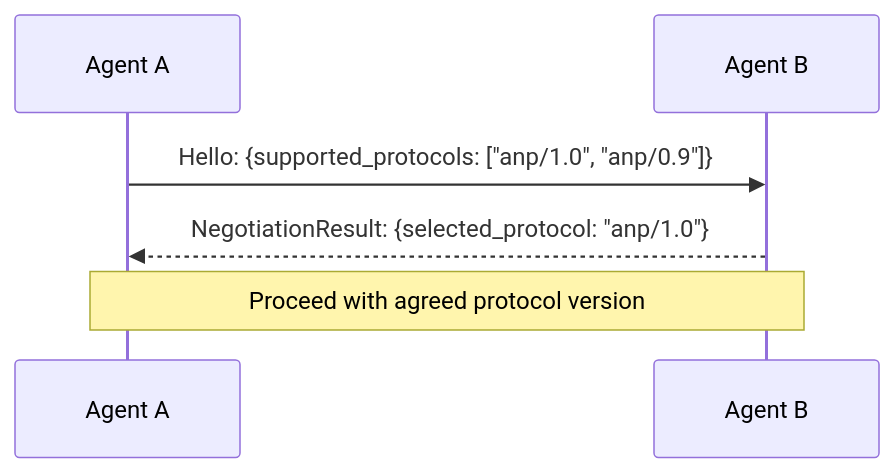
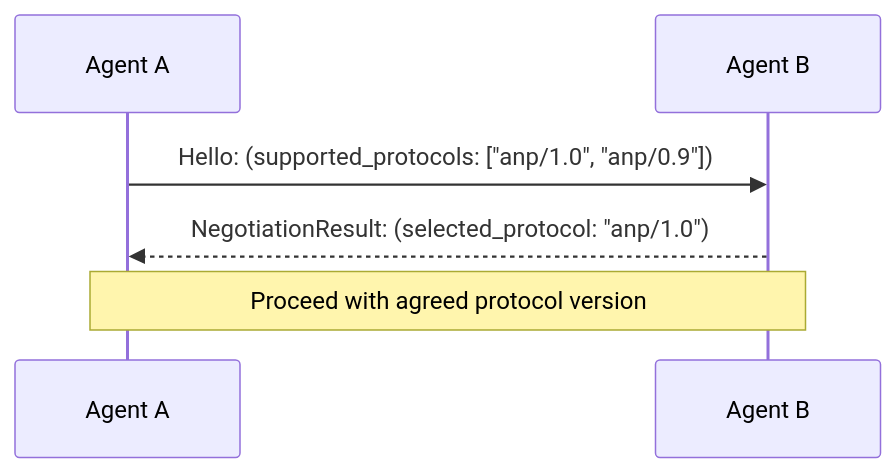
Before and after one commit to skbnai/archon: the first of 6 diagrams in docs/protocols/parts/20-emerging-protocols-crosscutting-part2.md, drawn with Mermaid. The commit also changed other lines of this file and 10 other files, not shown here.

First line of the commit message:
fix(sidebar,protocols): populate sidebar nav + fix mermaid brace parse errors

````diff
--- a/docs/protocols/parts/20-emerging-protocols-crosscutting-part2.md
+++ b/docs/protocols/parts/20-emerging-protocols-crosscutting-part2.md
@@ -83,8 +83,8 @@
 ```mermaid
 sequenceDiagram
     participant A as Agent A
     participant B as Agent B
-    A->>B: Hello: {supported_protocols: ["anp/1.0", "anp/0.9"]}
-    B-->>A: NegotiationResult: {selected_protocol: "anp/1.0"}
+    A->>B: Hello: (supported_protocols: ["anp/1.0", "anp/0.9"])
+    B-->>A: NegotiationResult: (selected_protocol: "anp/1.0")
     Note over A,B: Proceed with agreed protocol version
 ```
````
